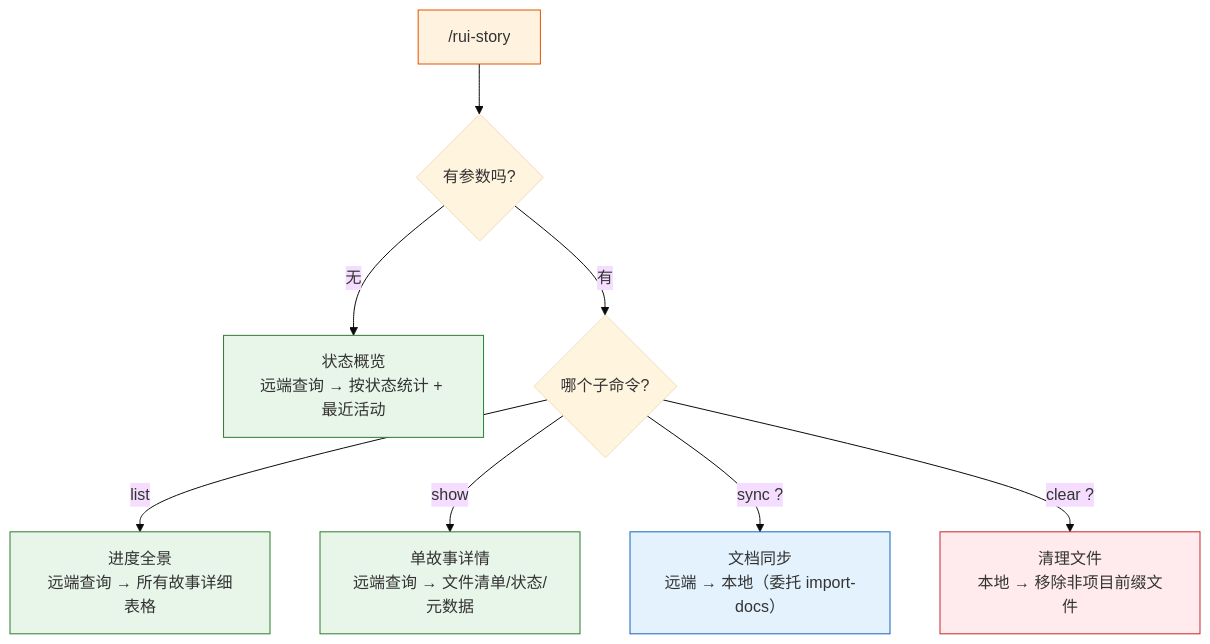
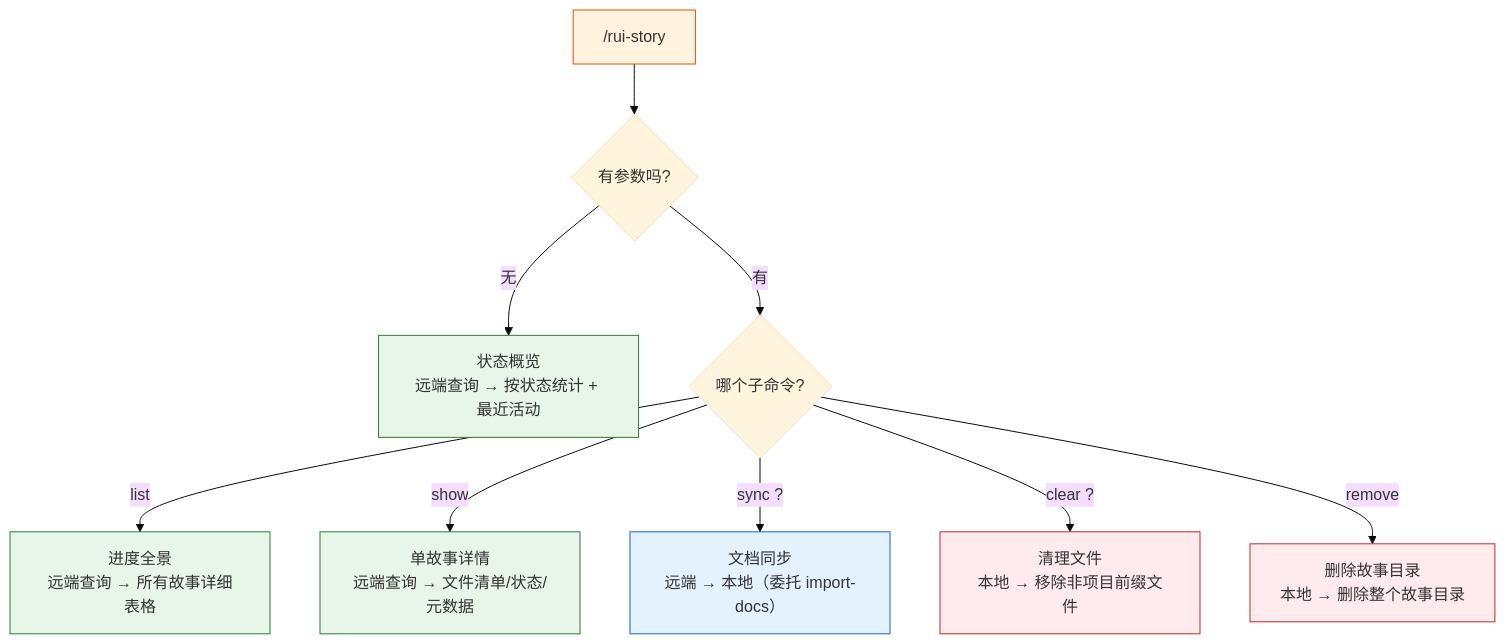
Before and after one commit to effiy/YrY: the first of 13 diagrams in skills/rui-story/SKILL.md, drawn with Mermaid (base theme). The commit also changed other lines of this file and 3 other files, not shown here.

````diff
--- a/skills/rui-story/SKILL.md
+++ b/skills/rui-story/SKILL.md
@@ -18,15 +18,16 @@
 ```mermaid
 flowchart TD
     ENTRY["/rui-story"]:::entry --> Q1{"有参数吗?"}
     Q1 -->|"无"| OVERVIEW["状态概览<br/>远端查询 → 按状态统计 + 最近活动"]:::read
     Q1 -->|"有"| Q2{"哪个子命令?"}
     Q2 -->|"list"| LIST["进度全景<br/>远端查询 → 所有故事详细表格"]:::read
     Q2 -->|"show <name>"| SHOW["单故事详情<br/>远端查询 → 文件清单/状态/元数据"]:::read
     Q2 -->|"sync <name>?"| SYNC["文档同步<br/>远端 → 本地（委托 import-docs）"]:::write
     Q2 -->|"clear <name>?"| CLEAR["清理文件<br/>本地 → 移除非项目前缀文件"]:::danger
+    Q2 -->|"remove <name>"| REMOVE["删除故事目录<br/>本地 → 删除整个故事目录"]:::danger
 
     classDef entry fill:#fff3e0,stroke:#e65100;
     classDef read fill:#e8f5e9,stroke:#2e7d32;
     classDef write fill:#e3f2fd,stroke:#1565c0;
     classDef danger fill:#ffebee,stroke:#c62828;
 ```
````
